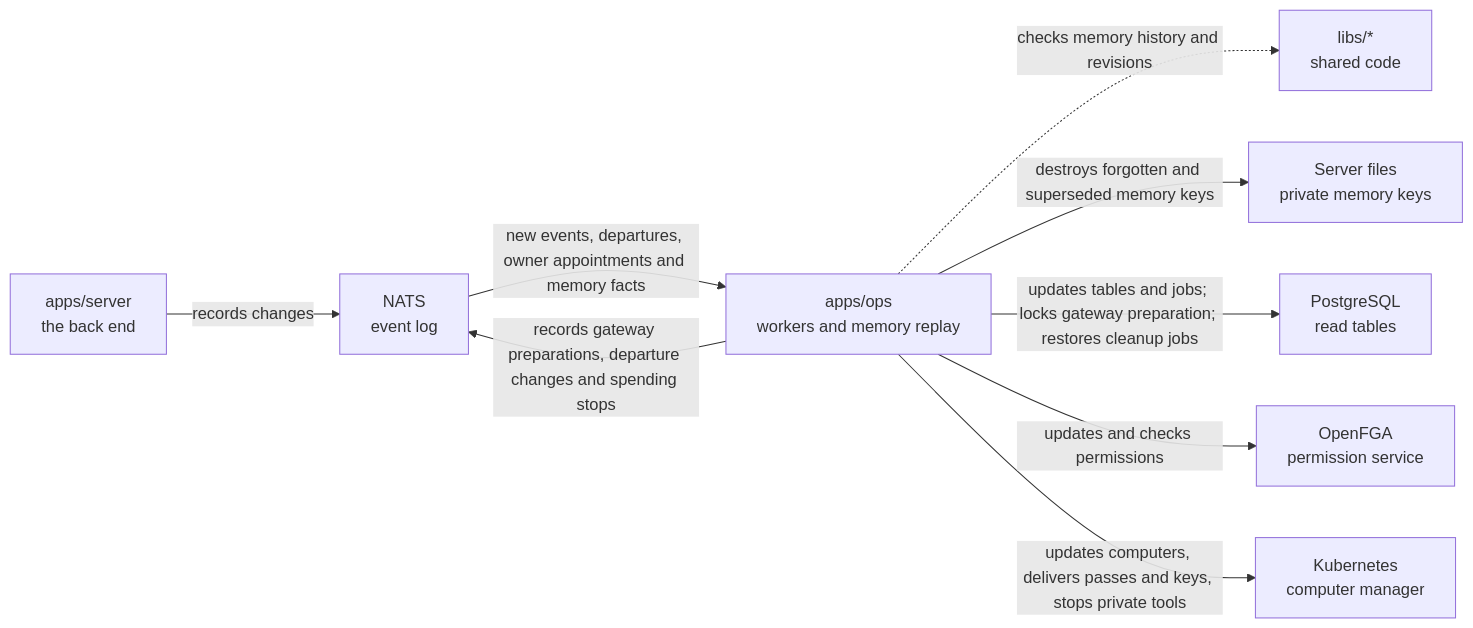
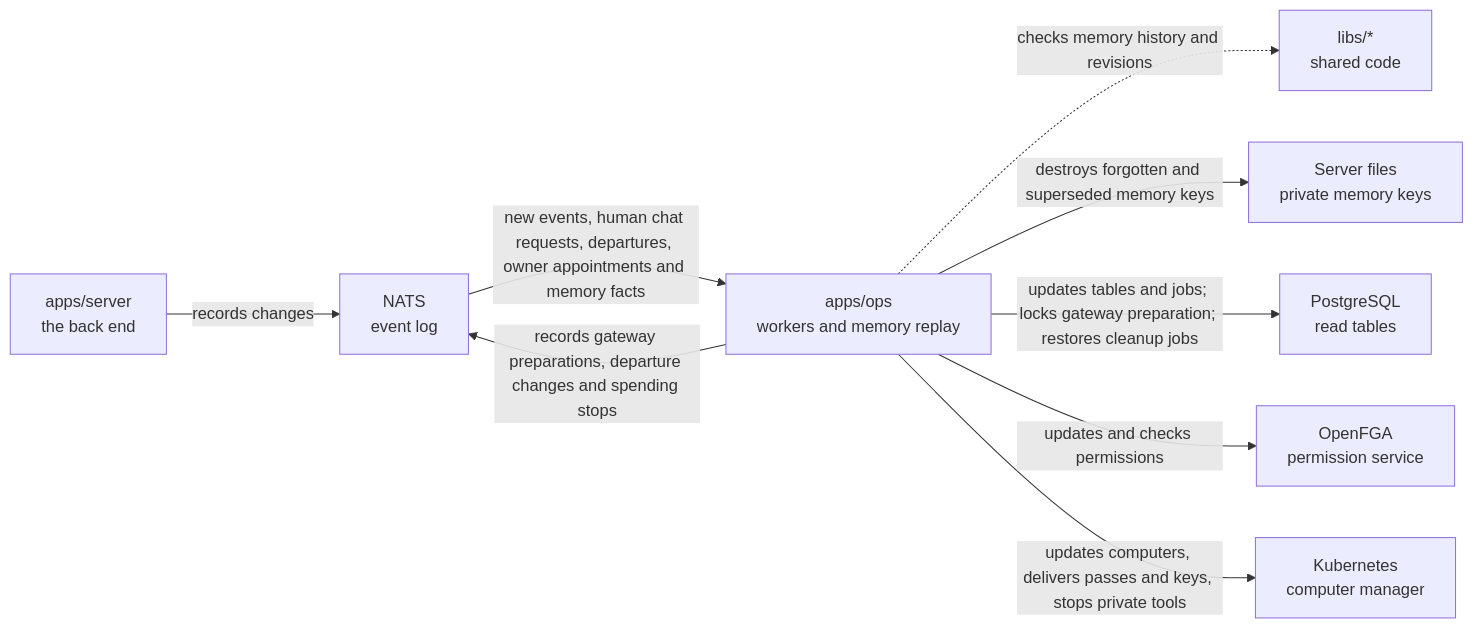
Before and after one commit to elewa-git/opencrane-new: the diagram in apps/ops/README.md, drawn with Mermaid. The commit also changed other lines of this file and 2 other files, not shown here.

Commit message:
🛏️ Count only human chat requests as waiting work

````diff
--- a/apps/ops/README.md
+++ b/apps/ops/README.md
@@ -11,11 +11,11 @@
 ```mermaid
 flowchart LR
   server["apps/server<br/>the back end"] -->|records changes| nats["NATS<br/>event log"]
-  nats -->|new events, departures, owner appointments and memory facts| ops["apps/ops<br/>workers and memory replay"]
+  nats -->|new events, human chat requests, departures, owner appointments and memory facts| ops["apps/ops<br/>workers and memory replay"]
   ops -->|records gateway preparations, departure changes and spending stops| nats
   ops -.->|checks memory history and revisions| libs["libs/*<br/>shared code"]
   ops -->|destroys forgotten and superseded memory keys| keys["Server files<br/>private memory keys"]
   ops -->|updates tables and jobs; locks gateway preparation; restores cleanup jobs| postgres["PostgreSQL<br/>read tables"]
   ops -->|updates and checks permissions| fga["OpenFGA<br/>permission service"]
   ops -->|updates computers, delivers passes and keys, stops private tools| kube["Kubernetes<br/>computer manager"]
 ```
````
